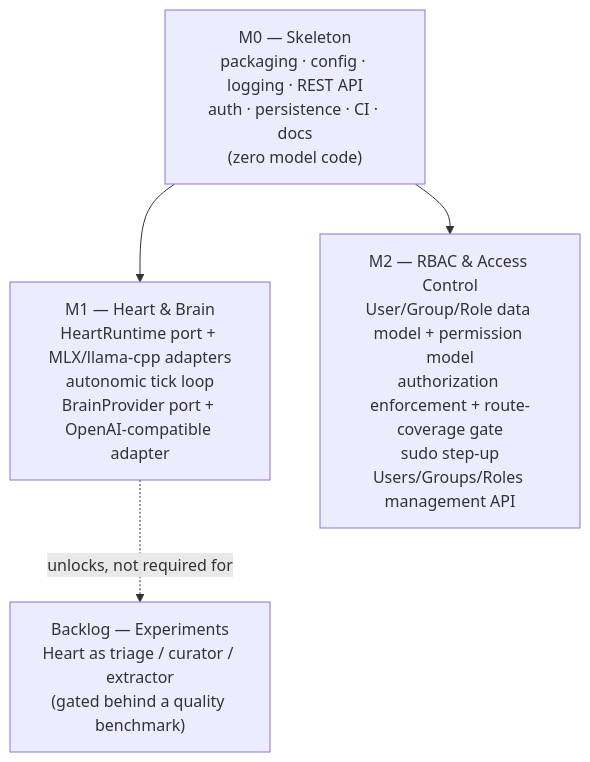
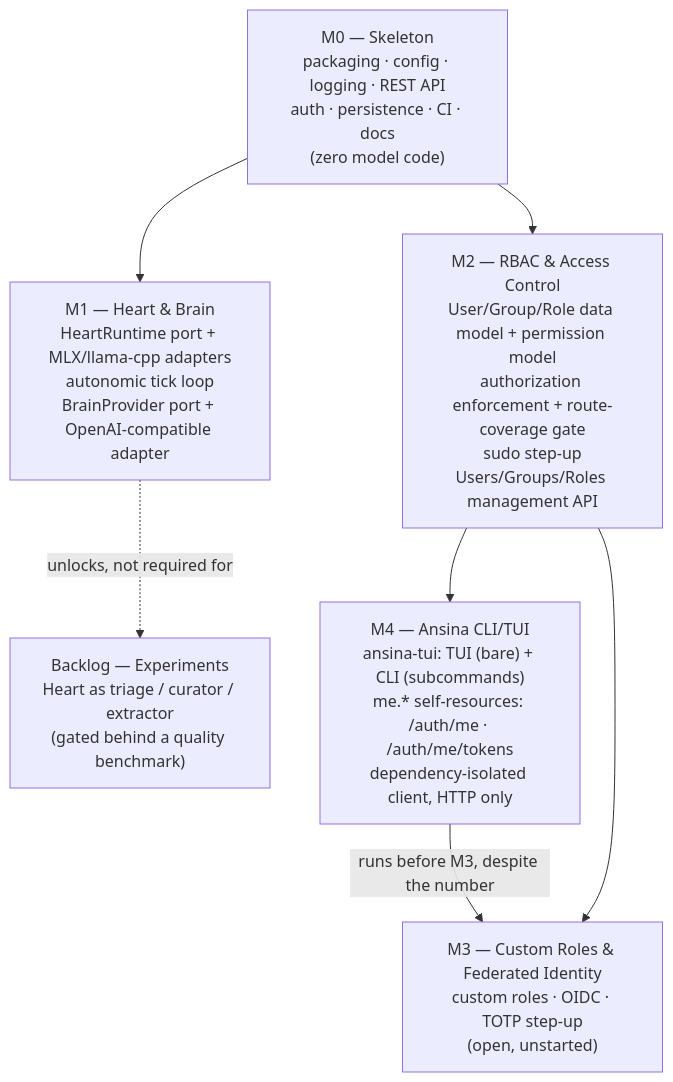
Before and after one commit to giacchetta/ansina: the second of 2 diagrams in docs/architecture/blueprint.md, drawn with Mermaid. The commit also changed other lines of this file and 100 other files, not shown here.

First line of the commit message:
Ansina CLI/TUI (#36)

````diff
--- a/docs/architecture/blueprint.md
+++ b/docs/architecture/blueprint.md
@@ -164,10 +176,15 @@
 ```mermaid
 flowchart TD
     M0["M0 — Skeleton\npackaging · config · logging · REST API\nauth · persistence · CI · docs\n(zero model code)"]
     M1["M1 — Heart & Brain\nHeartRuntime port + MLX/llama-cpp adapters\nautonomic tick loop\nBrainProvider port + OpenAI-compatible adapter"]
     M2["M2 — RBAC & Access Control\nUser/Group/Role data model + permission model\nauthorization enforcement + route-coverage gate\nsudo step-up\nUsers/Groups/Roles management API"]
+    M4["M4 — Ansina CLI/TUI\nansina-tui: TUI (bare) + CLI (subcommands)\nme.* self-resources: /auth/me · /auth/me/tokens\ndependency-isolated client, HTTP only"]
+    M3["M3 — Custom Roles & Federated Identity\ncustom roles · OIDC · TOTP step-up\n(open, unstarted)"]
     BL["Backlog — Experiments\nHeart as triage / curator / extractor\n(gated behind a quality benchmark)"]
     M0 --> M1
     M0 --> M2
+    M2 --> M4
+    M4 -->|"runs before M3, despite the number"| M3
+    M2 --> M3
     M1 -.unlocks, not required for.-> BL
 ```
````
